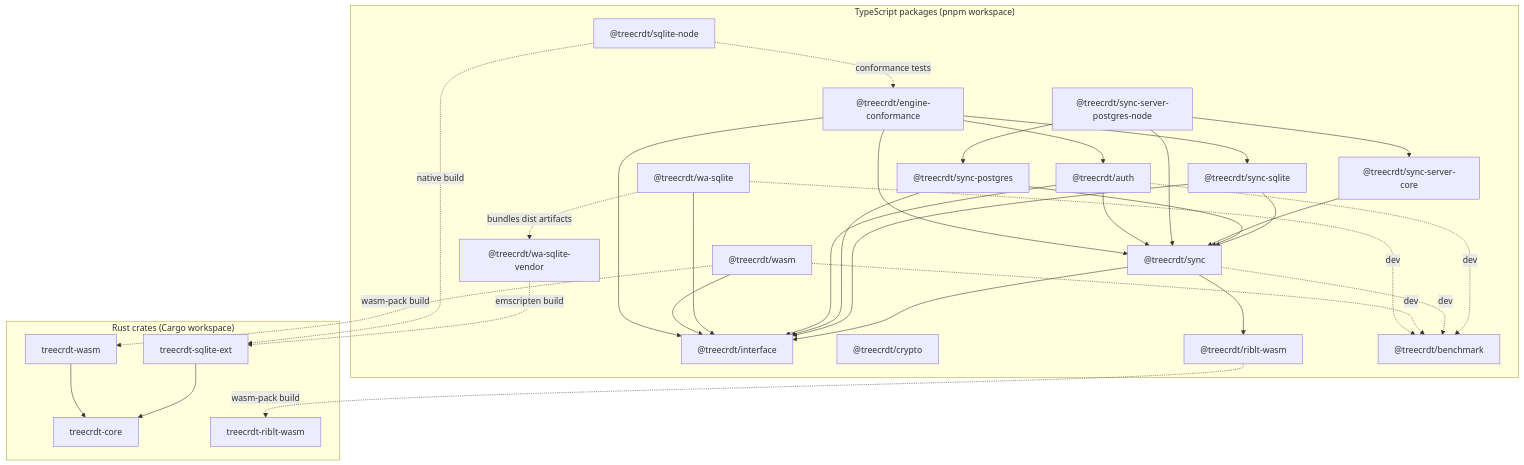
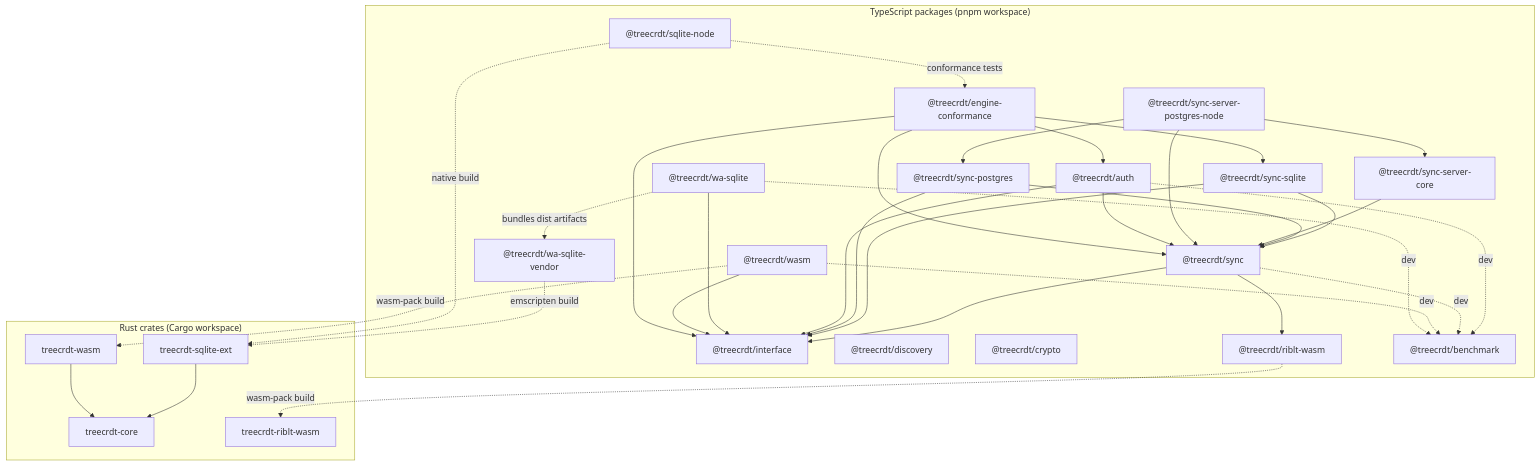
One commit to cybersemics/treecrdt changed the diagram in docs/ARCHITECTURE.md. Above: the diagram before and after it, drawn with Mermaid. The commit also changed 31 other files, not shown here.

Commit message:
feat(discovery): add bootstrap flow and playground integration

````diff
--- a/docs/ARCHITECTURE.md
+++ b/docs/ARCHITECTURE.md
@@ -18,66 +18,67 @@
 ```mermaid
 flowchart TD
   %% Rust crates (Cargo workspace)
   subgraph Rust["Rust crates (Cargo workspace)"]
     core_crate["treecrdt-core"]
     sqlite_ext_crate["treecrdt-sqlite-ext"]
     wasm_crate["treecrdt-wasm"]
     riblt_crate["treecrdt-riblt-wasm"]
 
     sqlite_ext_crate --> core_crate
     wasm_crate --> core_crate
   end
 
   %% TypeScript packages (pnpm workspace)
   subgraph TS["TypeScript packages (pnpm workspace)"]
     iface["@treecrdt/interface"]
+    discovery["@treecrdt/discovery"]
     sync_core["@treecrdt/sync"]
     sync_sqlite["@treecrdt/sync-sqlite"]
     sync_postgres["@treecrdt/sync-postgres"]
     sync_server_core["@treecrdt/sync-server-core"]
     sync_server_pg["@treecrdt/sync-server-postgres-node"]
     auth["@treecrdt/auth"]
     crypto["@treecrdt/crypto"]
     wa_vendor["@treecrdt/wa-sqlite-vendor"]
     wa["@treecrdt/wa-sqlite"]
     wasm_pkg["@treecrdt/wasm"]
     riblt_pkg["@treecrdt/riblt-wasm"]
     sqlite_node["@treecrdt/sqlite-node"]
     conformance["@treecrdt/engine-conformance"]
     bench["@treecrdt/benchmark"]
   end
 
   %% Runtime dependencies
   sync_core --> iface
   sync_core --> riblt_pkg
   sync_sqlite --> sync_core
   sync_sqlite --> iface
   sync_postgres --> sync_core
   sync_postgres --> iface
   sync_server_core --> sync_core
   sync_server_pg --> sync_core
   sync_server_pg --> sync_postgres
   sync_server_pg --> sync_server_core
   auth --> iface
   auth --> sync_core
   wa --> iface
   wasm_pkg --> iface
   conformance --> auth
   conformance --> sync_core
   conformance --> sync_sqlite
   conformance --> iface
 
   %% Build-time connections (how artifacts are produced)
   riblt_pkg -. wasm-pack build .-> riblt_crate
   wasm_pkg -. wasm-pack build .-> wasm_crate
   wa_vendor -. emscripten build .-> sqlite_ext_crate
   sqlite_node -. native build .-> sqlite_ext_crate
   wa -. bundles dist artifacts .-> wa_vendor
 
   %% Dev/test relationships (kept out of runtime deps)
   auth -. dev .-> bench
   sync_core -. dev .-> bench
   wasm_pkg -. dev .-> bench
   wa -. dev .-> bench
   sqlite_node -. conformance tests .-> conformance
 ```
````
